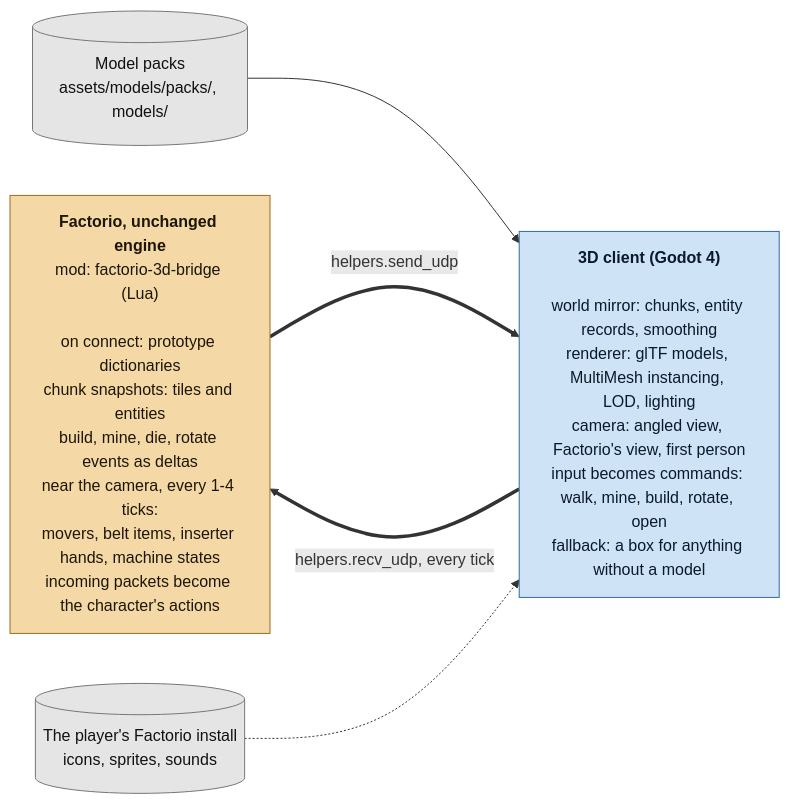
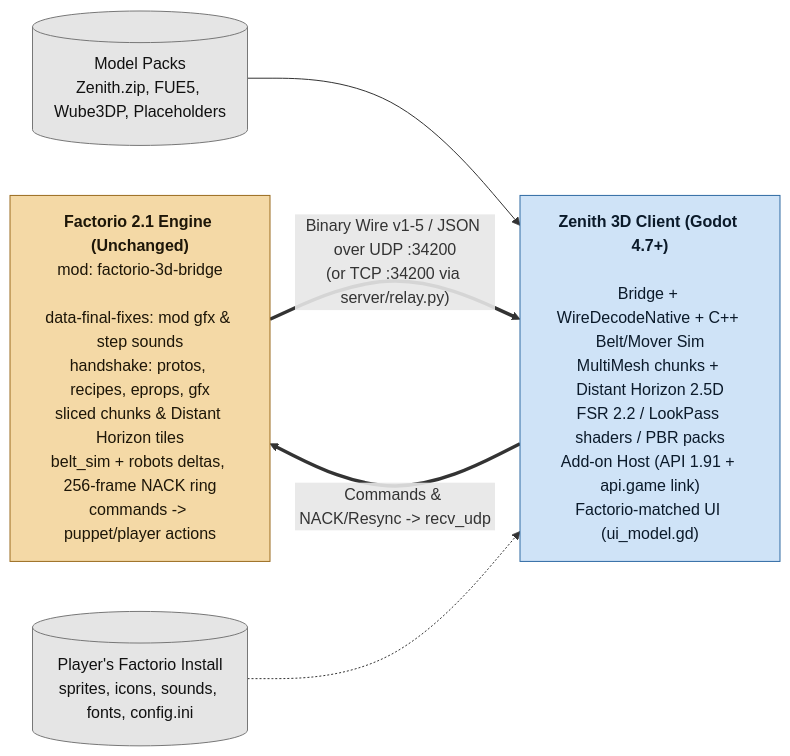
One commit to Zenith-3D-Team/Zenith changed the second of 3 diagrams in docs/PLAN.md. Above: the diagram before and after it, drawn with Mermaid. The commit also changed other lines of this file and 1999 other files, not shown here.

````diff
--- a/docs/PLAN.md
+++ b/docs/PLAN.md
@@ -56,16 +36,16 @@
 ```mermaid
 flowchart LR
-    MOD["<b>Factorio, unchanged engine</b><br/>mod: factorio-3d-bridge (Lua)<br/><br/>on connect: prototype dictionaries<br/>chunk snapshots: tiles and entities<br/>build, mine, die, rotate events as deltas<br/>near the camera, every 1-4 ticks:<br/>movers, belt items, inserter hands, machine states<br/>incoming packets become the character's actions"]
-    CL["<b>3D client (Godot 4)</b><br/><br/>world mirror: chunks, entity records, smoothing<br/>renderer: glTF models, MultiMesh instancing, LOD, lighting<br/>camera: angled view, Factorio's view, first person<br/>input becomes commands: walk, mine, build, rotate, open<br/>fallback: a box for anything without a model"]
-    MOD == "helpers.send_udp" ==> CL
-    CL == "helpers.recv_udp, every tick" ==> MOD
-    GLB[("Model packs<br/>assets/models/packs/, models/")] --> CL
-    INST[("The player's Factorio install<br/>icons, sprites, sounds")] -.-> CL
+    MOD["<b>Factorio 2.1 Engine (Unchanged)</b><br/>mod: factorio-3d-bridge<br/><br/>data-final-fixes: mod gfx &amp; step sounds<br/>handshake: protos, recipes, eprops, gfx<br/>sliced chunks &amp; Distant Horizon tiles<br/>belt_sim + robots deltas, 256-frame NACK ring<br/>commands -> puppet/player actions"]
+    CL["<b>Zenith 3D Client (Godot 4.7+)</b><br/><br/>Bridge + WireDecodeNative + C++ Belt/Mover Sim<br/>MultiMesh chunks + Distant Horizon 2.5D<br/>FSR 2.2 / LookPass shaders / PBR packs<br/>Add-on Host (API 1.91 + api.game link)<br/>Factorio-matched UI (ui_model.gd)"]
+    MOD == "Binary Wire v1-5 / JSON over UDP :34200<br/>(or TCP :34200 via server/relay.py)" ==> CL
+    CL == "Commands &amp; NACK/Resync -> recv_udp" ==> MOD
+    GLB[("Model Packs<br/>Zenith.zip, FUE5, Wube3DP, Placeholders")] --> CL
+    INST[("Player's Factorio Install<br/>sprites, icons, sounds, fonts, config.ini")] -.-> CL
 
     classDef game fill:#f4d9a6,stroke:#9a6b1f,color:#1d1608
     classDef client fill:#cfe3f7,stroke:#2f6aa3,color:#0b1a2a
     classDef data fill:#e5e5e5,stroke:#777,color:#111
     class MOD game
     class CL client
     class GLB,INST data
 ```
````
